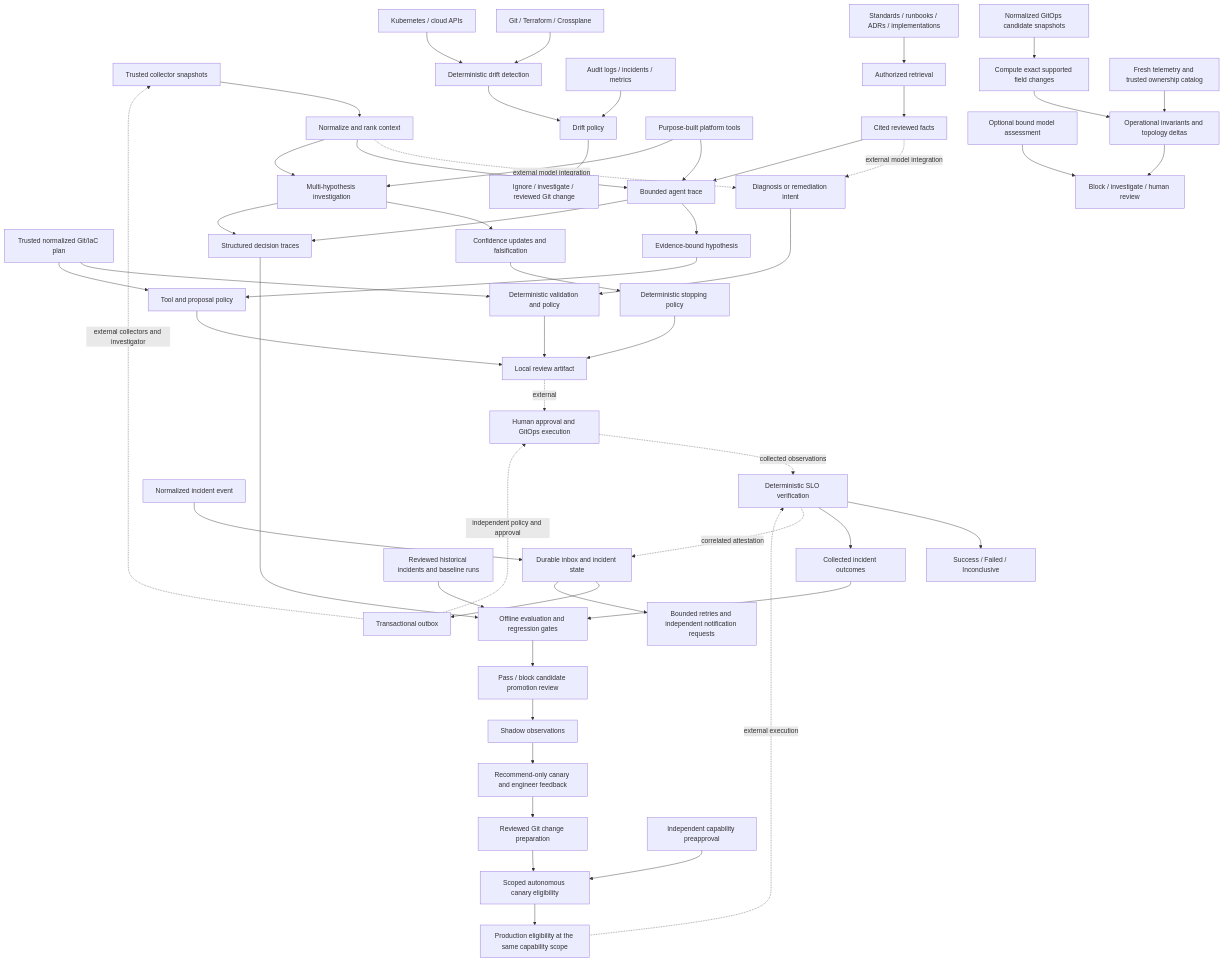
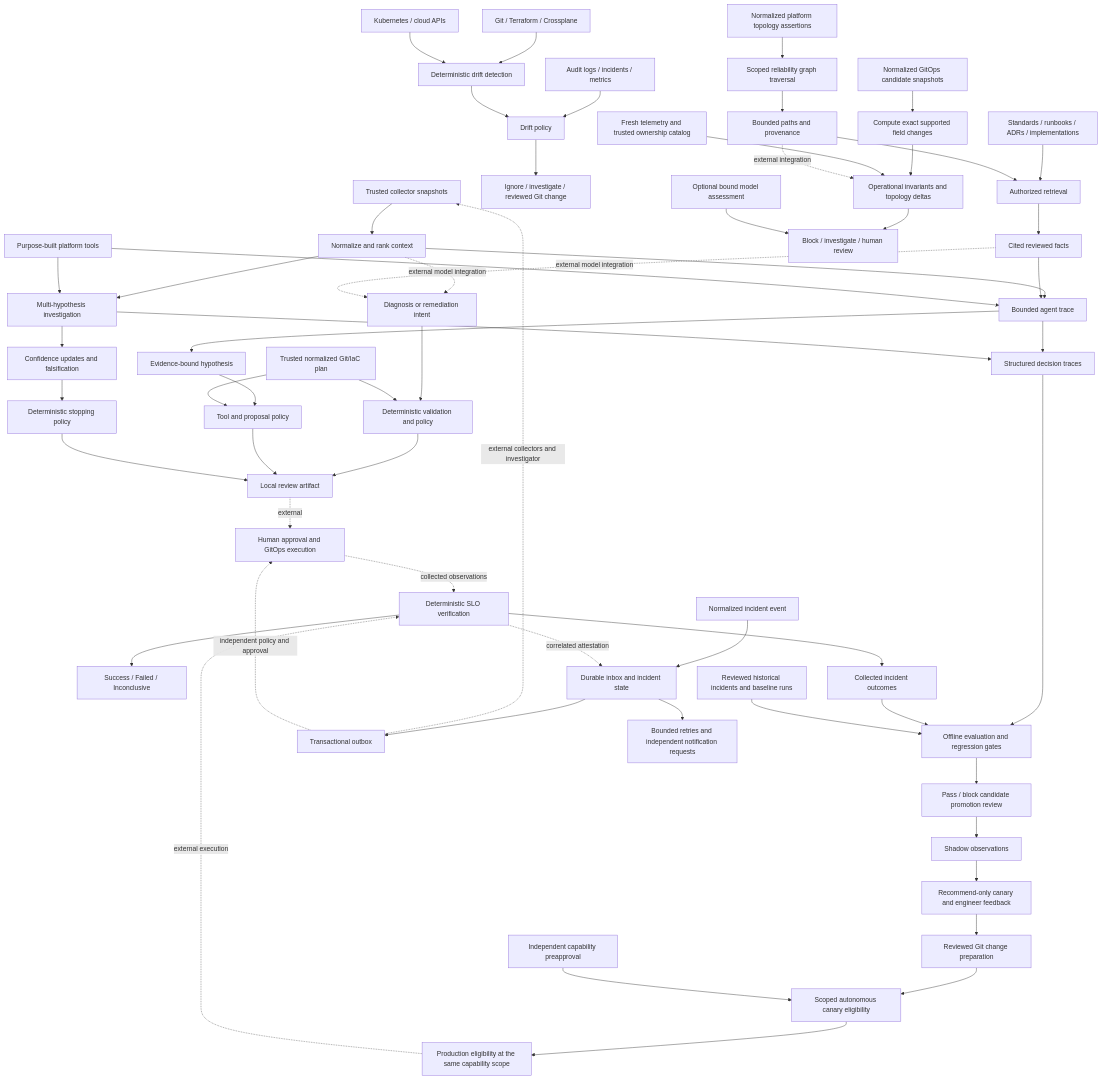
One commit to Vidon212/AI-incident-co-pilot changed the diagram in docs/00-architecture-and-safety.md. Above: the diagram before and after it, drawn with Mermaid. The commit also changed other lines of this file and 15 other files, not shown here.

Commit message:
Add reliability knowledge graph and graph-guided retrieval

````diff
--- a/docs/00-architecture-and-safety.md
+++ b/docs/00-architecture-and-safety.md
@@ -9,56 +9,60 @@
 ```mermaid
 flowchart TD
     Evidence[Trusted collector snapshots] --> Context[Normalize and rank context]
     Context -. external model integration .-> Intent[Diagnosis or remediation intent]
     Intent --> Policy[Deterministic validation and policy]
     Plan[Trusted normalized Git/IaC plan] --> Policy
     Policy --> Review[Local review artifact]
     Review -. external .-> Approval[Human approval and GitOps execution]
     Approval -. collected observations .-> Verify[Deterministic SLO verification]
     Verify --> Result[Success / Failed / Inconclusive]
     Desired[Git / Terraform / Crossplane] --> Drift[Deterministic drift detection]
     Observed[Kubernetes / cloud APIs] --> Drift
     Provenance[Audit logs / incidents / metrics] --> DriftPolicy[Drift policy]
     Drift --> DriftPolicy
     DriftPolicy --> DriftReview[Ignore / investigate / reviewed Git change]
     Knowledge[Standards / runbooks / ADRs / implementations] --> Retrieval[Authorized retrieval]
     Retrieval --> Grounding[Cited reviewed facts]
     Grounding -. external model integration .-> Intent
     Context --> Agent[Bounded agent trace]
     Grounding --> Agent
     Tools[Purpose-built platform tools] --> Agent
     Agent --> Hypothesis[Evidence-bound hypothesis]
     Hypothesis --> AgentPolicy[Tool and proposal policy]
     Plan --> AgentPolicy
     AgentPolicy --> Review
     Context --> Investigation[Multi-hypothesis investigation]
     Tools --> Investigation
     Investigation --> Falsification[Confidence updates and falsification]
     Falsification --> Stop[Deterministic stopping policy]
     Stop --> Review
     Agent --> Traces[Structured decision traces]
     Investigation --> Traces
     Verify --> Outcomes[Collected incident outcomes]
     Traces --> Evaluation[Offline evaluation and regression gates]
     Outcomes --> Evaluation
     Truth[Reviewed historical incidents and baseline runs] --> Evaluation
     Evaluation --> Promotion[Pass / block candidate promotion review]
     Promotion --> Shadow[Shadow observations]
     Shadow --> Canary[Recommend-only canary and engineer feedback]
     Canary --> Prepare[Reviewed Git change preparation]
     Prepare --> Limited[Scoped autonomous canary eligibility]
     Grant[Independent capability preapproval] --> Limited
     Limited --> Production[Production eligibility at the same capability scope]
     Production -. external execution .-> Verify
     Alert[Normalized incident event] --> Inbox[Durable inbox and incident state]
     Inbox --> Outbox[Transactional outbox]
     Outbox -. external collectors and investigator .-> Evidence
     Outbox -. independent policy and approval .-> Approval
     Verify -. correlated attestation .-> Inbox
     Inbox --> Escalation[Bounded retries and independent notification requests]
     Candidate[Normalized GitOps candidate snapshots] --> PRDiff[Compute exact supported field changes]
     PRDiff --> Risk[Operational invariants and topology deltas]
     Facts[Fresh telemetry and trusted ownership catalog] --> Risk
     Risk --> PRReview[Block / investigate / human review]
     ModelRisk[Optional bound model assessment] --> PRReview
+    Topology[Normalized platform topology assertions] --> Graph[Scoped reliability graph traversal]
+    Graph --> Neighborhood[Bounded paths and provenance]
+    Neighborhood --> Retrieval
+    Neighborhood -. external integration .-> Risk
 ```
````
